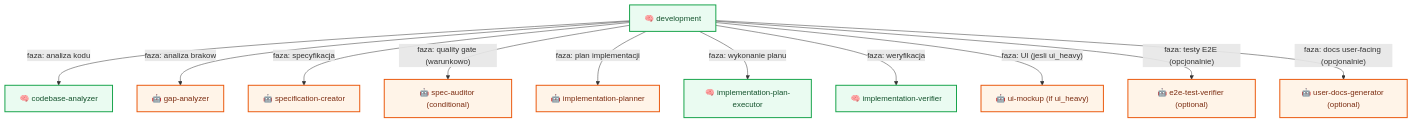
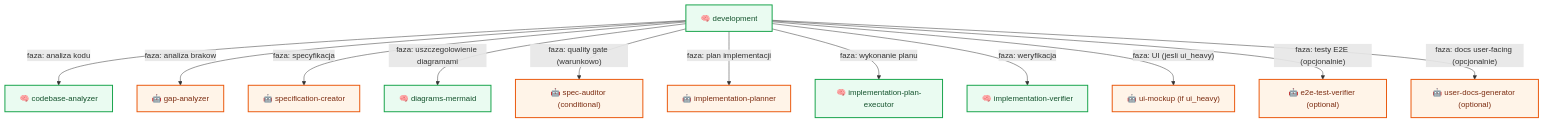
One commit to plucins/flowbit changed the third of 10 diagrams in docs/flow/workflows.md. Above: the diagram before and after it, drawn with Mermaid. The commit also changed other lines of this file and 11 other files, not shown here.

Commit message:
Add Mermaid diagram sections to architecture and overview documentation for enhanced visual clarity

````diff
--- a/docs/flow/workflows.md
+++ b/docs/flow/workflows.md
@@ -78,18 +84,19 @@
 ```mermaid
 graph TD
   DEV2["🧠 development"] -- "faza: analiza kodu" --> CODEBASE_D["🧠 codebase-analyzer"]
   DEV2 -- "faza: analiza brakow" --> GAP_D["🤖 gap-analyzer"]
   DEV2 -- "faza: specyfikacja" --> SPEC_D["🤖 specification-creator"]
+  DEV2 -- "faza: uszczegolowienie diagramami" --> DIAG_D["🧠 diagrams-mermaid"]
   DEV2 -- "faza: quality gate (warunkowo)" --> AUD_D["🤖 spec-auditor (conditional)"]
   DEV2 -- "faza: plan implementacji" --> PLAN_D["🤖 implementation-planner"]
   DEV2 -- "faza: wykonanie planu" --> EXEC_D["🧠 implementation-plan-executor"]
   DEV2 -- "faza: weryfikacja" --> VER_D["🧠 implementation-verifier"]
   DEV2 -- "faza: UI (jesli ui_heavy)" --> UI_D["🤖 ui-mockup (if ui_heavy)"]
   DEV2 -- "faza: testy E2E (opcjonalnie)" --> E2E_D["🤖 e2e-test-verifier (optional)"]
   DEV2 -- "faza: docs user-facing (opcjonalnie)" --> UDOCS_D["🤖 user-docs-generator (optional)"]
 
   classDef skill fill:#EAFBF1,stroke:#16A34A,stroke-width:2px,color:#14532D;
   classDef agent fill:#FFF4E8,stroke:#EA580C,stroke-width:2px,color:#7C2D12;
-  class DEV2,CODEBASE_D,EXEC_D,VER_D skill;
+  class DEV2,CODEBASE_D,EXEC_D,VER_D,DIAG_D skill;
   class GAP_D,SPEC_D,AUD_D,PLAN_D,UI_D,E2E_D,UDOCS_D agent;
 ```
````
